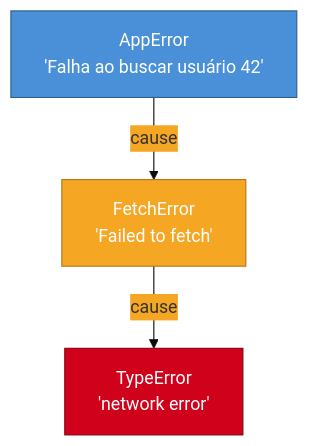
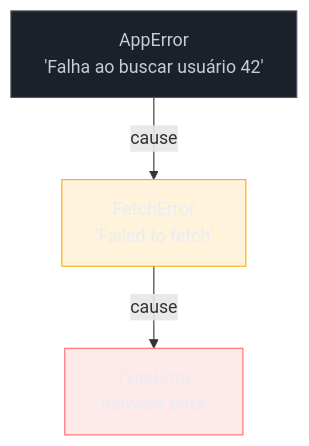
Before and after one commit to josenaldo/codex-technomanticus: the first of 2 diagrams in 03-Dominios/Tecnologia/JavaScript/18 - Error handling.md, drawn with Mermaid. The commit also changed other lines of this file and 1181 other files, not shown here.

First line of the commit message:
fix(diagramas): paleta do sistema no lugar de cor cravada no markdown

````diff
--- a/03-Dominios/Tecnologia/JavaScript/18 - Error handling.md
+++ b/03-Dominios/Tecnologia/JavaScript/18 - Error handling.md
@@ -147,10 +147,12 @@
 ```mermaid
-%%{init: {"theme": "base", "themeVariables": {"primaryColor": "#4A90D9", "secondaryColor": "#F5A623", "tertiaryColor": "#D0021B"}}}%%
 graph TD
+    classDef neutro fill:#1B2029,stroke:#4E5666,color:#C6CCD8
+    classDef destaque fill:#FFAA0024,stroke:#FFAA00,color:#E9ECF2
+    classDef falha fill:#FF6B6B24,stroke:#FF6B6B,color:#E9ECF2
     A["AppError\n'Falha ao buscar usuário 42'"] -->|cause| B["FetchError\n'Failed to fetch'"]
     B -->|cause| C["TypeError\n'network error'"]
 
-    style A fill:#4A90D9,color:#fff,stroke:#2c5f8a
-    style B fill:#F5A623,color:#fff,stroke:#b37318
-    style C fill:#D0021B,color:#fff,stroke:#8a0012
+    class A neutro
+    class B destaque
+    class C falha
 ```
````
